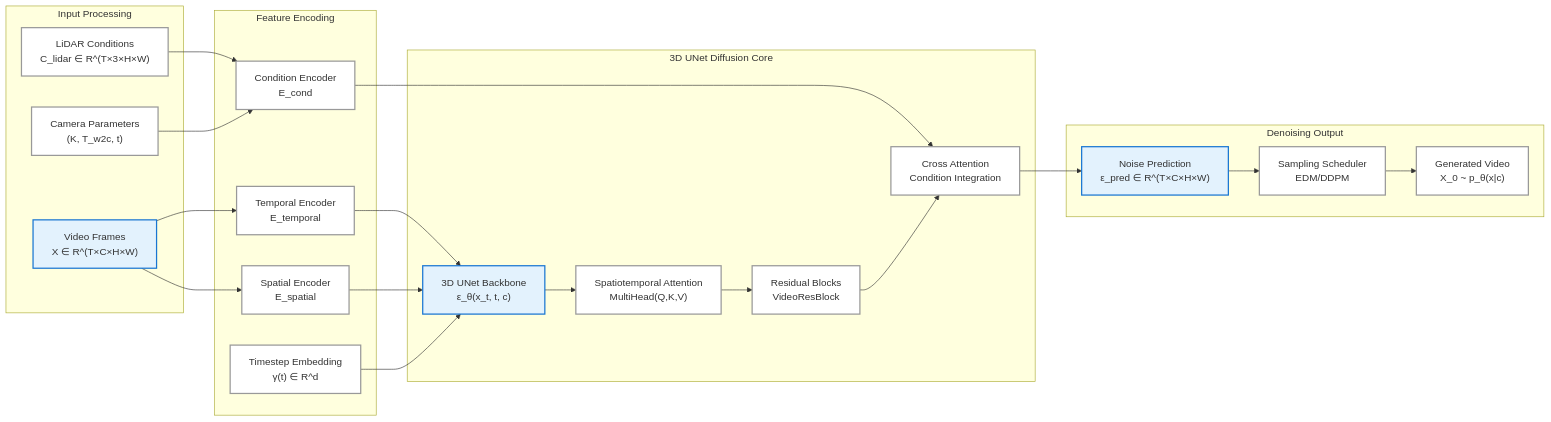
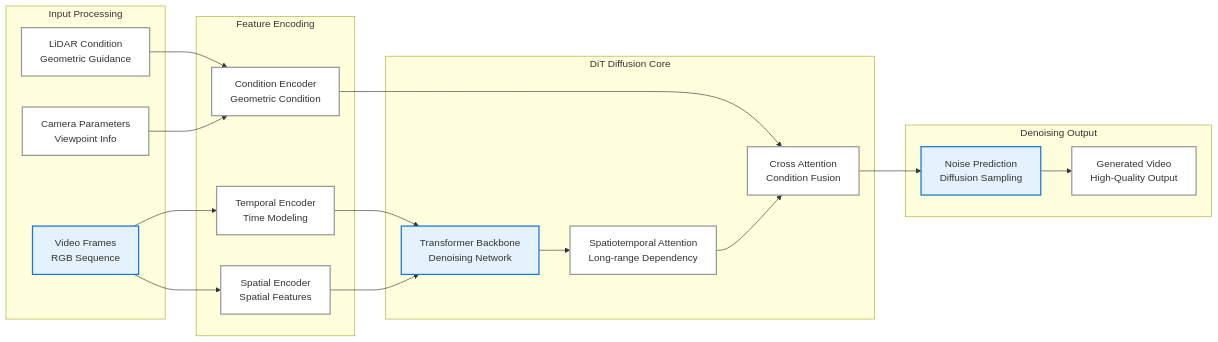
One commit to charles1614/thuthesis changed the diagram in figures/mmd/diffusion_architecture.mmd. Above: the diagram before and after it, drawn with Mermaid. The commit also changed 14 other files, not shown here.

```diff
--- a/figures/mmd/diffusion_architecture.mmd
+++ b/figures/mmd/diffusion_architecture.mmd
@@ -1,50 +1,44 @@
 graph LR
     subgraph InputLayer["Input Processing"]
-        A["Video Frames<br/>X ∈ R^(T×C×H×W)"] 
-        B["LiDAR Conditions<br/>C_lidar ∈ R^(T×3×H×W)"]
-        C["Camera Parameters<br/>(K, T_w2c, t)"]
+        A["Video Frames<br/>RGB Sequence"] 
+        B["LiDAR Condition<br/>Geometric Guidance"]
+        C["Camera Parameters<br/>Viewpoint Info"]
     end
     
     subgraph EncodingLayer["Feature Encoding"]
-        D["Temporal Encoder<br/>E_temporal"]
-        E["Spatial Encoder<br/>E_spatial"] 
-        F["Condition Encoder<br/>E_cond"]
-        G["Timestep Embedding<br/>γ(t) ∈ R^d"]
+        D["Temporal Encoder<br/>Time Modeling"]
+        E["Spatial Encoder<br/>Spatial Features"] 
+        F["Condition Encoder<br/>Geometric Condition"]
     end
     
-    subgraph DiffusionCore["3D UNet Diffusion Core"]
-        H["3D UNet Backbone<br/>ε_θ(x_t, t, c)"]
-        I["Spatiotemporal Attention<br/>MultiHead(Q,K,V)"]
-        J["Cross Attention<br/>Condition Integration"]
-        K["Residual Blocks<br/>VideoResBlock"]
+    subgraph DiffusionCore["DiT Diffusion Core"]
+        G["Transformer Backbone<br/>Denoising Network"]
+        H["Spatiotemporal Attention<br/>Long-range Dependency"]
+        I["Cross Attention<br/>Condition Fusion"]
     end
     
     subgraph OutputLayer["Denoising Output"]
-        L["Noise Prediction<br/>ε_pred ∈ R^(T×C×H×W)"]
-        M["Sampling Scheduler<br/>EDM/DDPM"]
-        N["Generated Video<br/>X_0 ~ p_θ(x|c)"]
+        J["Noise Prediction<br/>Diffusion Sampling"]
+        K["Generated Video<br/>High-Quality Output"]
     end
     
     A --> D
     A --> E
     B --> F
     C --> F
     
-    D --> H
-    E --> H
-    F --> J
+    D --> G
+    E --> G
+    F --> I
+    
     G --> H
+    H --> I
+    I --> J
     
-    H --> I
-    I --> K
-    K --> J
-    J --> L
-    
-    L --> M
-    M --> N
+    J --> K
     
     classDef normalStyle fill:#FFFFFF,stroke:#999999,stroke-width:2px
     classDef importantStyle fill:#E3F2FD,stroke:#1976D2,stroke-width:2px
     
-    class A,H,L importantStyle
-    class B,C,D,E,F,G,I,J,K,M,N normalStyle
+    class A,G,J importantStyle
+    class B,C,D,E,F,H,I,K normalStyle
```
